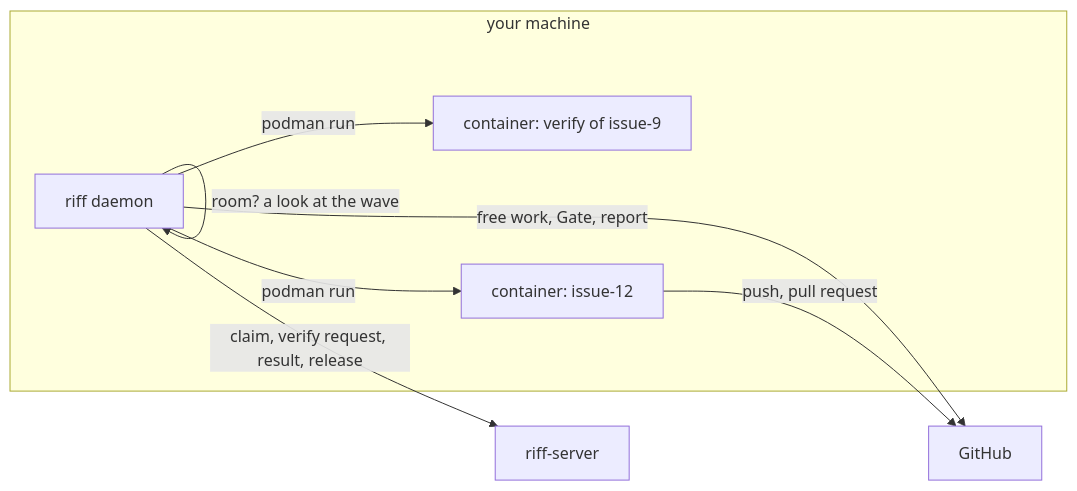
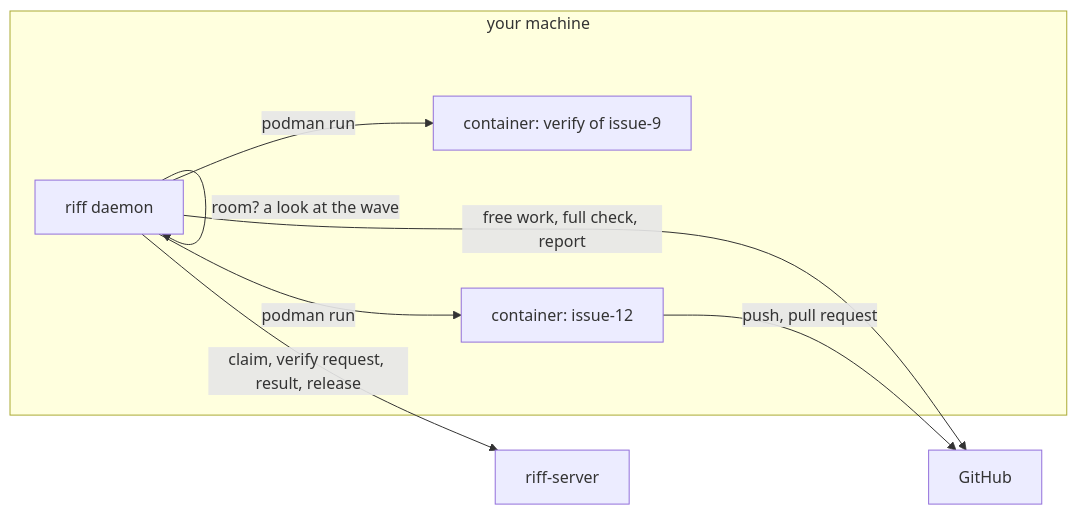
Diagram 15 of 40 in docs/src/development.md (como-technologies/riff), drawn with Mermaid before and after one commit. The commit also changed 12 other files, not shown here.

First line of the commit message:
The watch of main reads the full check, and a skipped required check counts as a pass (#1396)

````diff
--- a/docs/src/development.md
+++ b/docs/src/development.md
@@ -1299,11 +1299,11 @@
 ```mermaid
 flowchart LR
     subgraph M["your machine"]
         D["riff daemon"] -- "room? a look at the wave" --> D
         D -- "podman run" --> B["container: issue-12"]
         D -- "podman run" --> V["container: verify of issue-9"]
     end
     D -- "claim, verify request, result, release" --> S["riff-server"]
-    D -- "free work, Gate, report" --> G["GitHub"]
+    D -- "free work, full check, report" --> G["GitHub"]
     B -- "push, pull request" --> G
 ```
````
